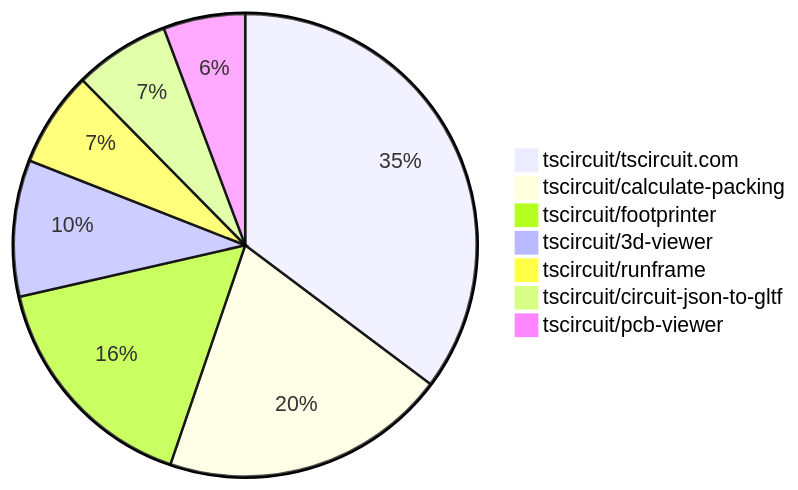
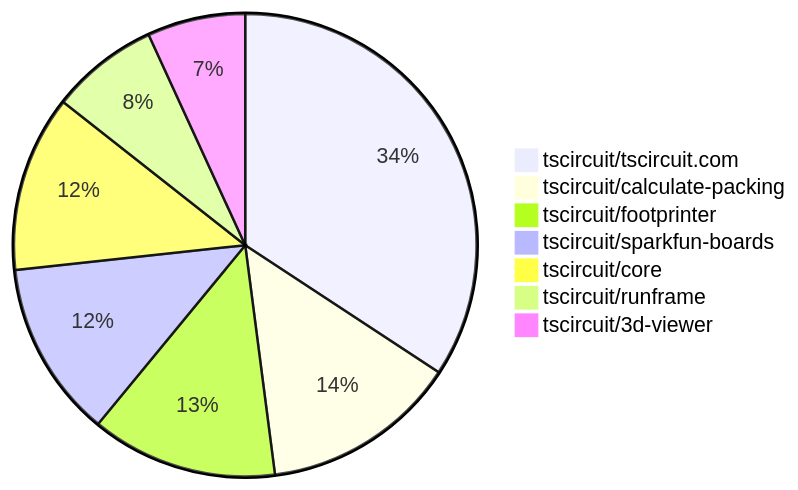
Before and after one commit to tscircuit/contribution-tracker: the second of 2 diagrams in README.md, drawn with Mermaid. The commit also changed other lines of this file and 3 other files, not shown here.

````diff
--- a/README.md
+++ b/README.md
@@ -105,10 +112,10 @@
 ```mermaid
 pie
-    "tscircuit/tscircuit.com" : 37
-    "tscircuit/calculate-packing" : 21
-    "tscircuit/footprinter" : 17
+    "tscircuit/tscircuit.com" : 50
+    "tscircuit/calculate-packing" : 20
+    "tscircuit/footprinter" : 19
+    "tscircuit/sparkfun-boards" : 18
+    "tscircuit/core" : 18
+    "tscircuit/runframe" : 11
     "tscircuit/3d-viewer" : 10
-    "tscircuit/runframe" : 7
-    "tscircuit/circuit-json-to-gltf" : 7
-    "tscircuit/pcb-viewer" : 6
 ```
````
